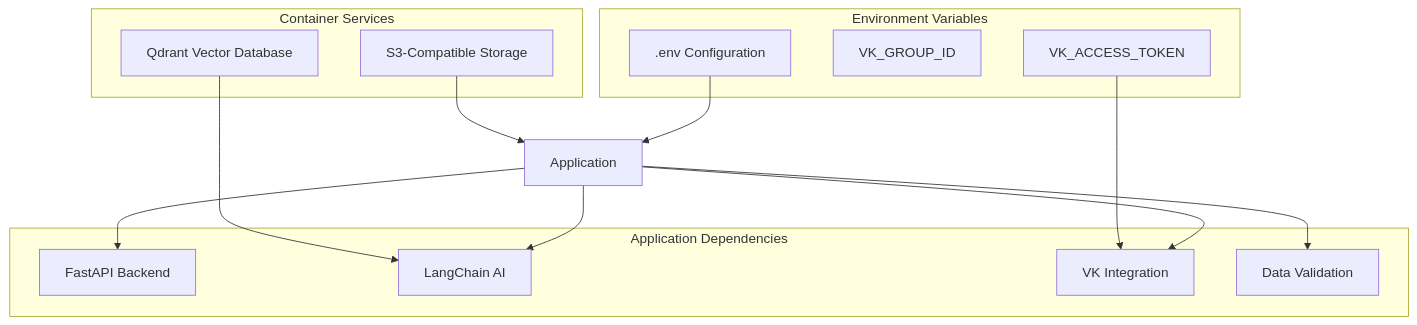
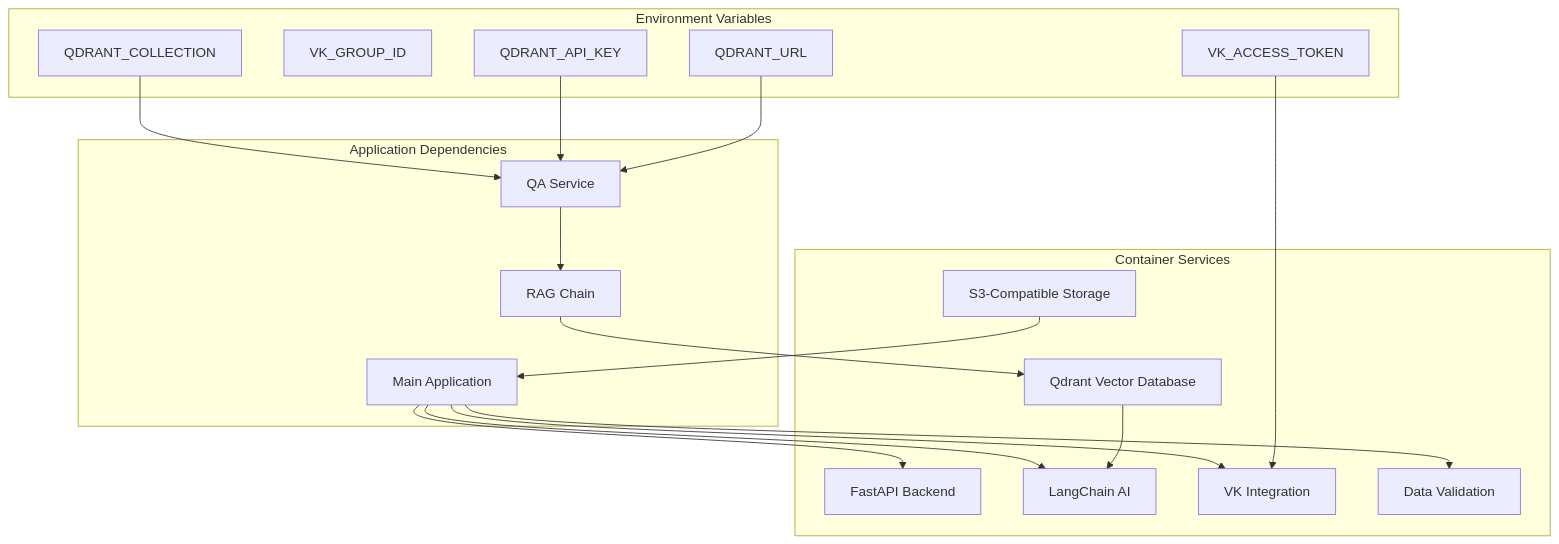
One commit to ognelis/cafetera_hr_bot changed diagram 11 of 12 in .qoder/repowiki/en/content/VK Integration/HR Request Processing System.md. Above: the diagram before and after it, drawn with Mermaid. The commit also changed other lines of this file and 8 other files, not shown here.

````diff
--- a/.qoder/repowiki/en/content/VK Integration/HR Request Processing System.md
+++ b/.qoder/repowiki/en/content/VK Integration/HR Request Processing System.md
@@ -635,26 +645,35 @@
 ```mermaid
 graph TB
 subgraph "Container Services"
 Qdrant[Qdrant Vector Database]
 MinIO[S3-Compatible Storage]
-end
-subgraph "Environment Variables"
-VKToken[VK_ACCESS_TOKEN]
-VKGroupID[VK_GROUP_ID]
-EnvFile[.env Configuration]
-end
-subgraph "Application Dependencies"
 FastAPI[FastAPI Backend]
 LangChain[LangChain AI]
 VKBottle[VK Integration]
 Pydantic[Data Validation]
 end
+subgraph "Environment Variables"
+VKToken[VK_ACCESS_TOKEN]
+VKGroupID[VK_GROUP_ID]
+QdrantURL[QDRANT_URL]
+QdrantAPIKey[QDRANT_API_KEY]
+QdrantCollection[QDRANT_COLLECTION]
+end
+subgraph "Application Dependencies"
+Application[Main Application]
+QAService[QA Service]
+RAGChain[RAG Chain]
+end
 Qdrant --> LangChain
 MinIO --> Application
 VKToken --> VKBottle
-EnvFile --> Application
+QdrantURL --> QAService
+QdrantAPIKey --> QAService
+QdrantCollection --> QAService
 Application --> FastAPI
 Application --> LangChain
 Application --> VKBottle
 Application --> Pydantic
+QAService --> RAGChain
+RAGChain --> Qdrant
 ```
````
